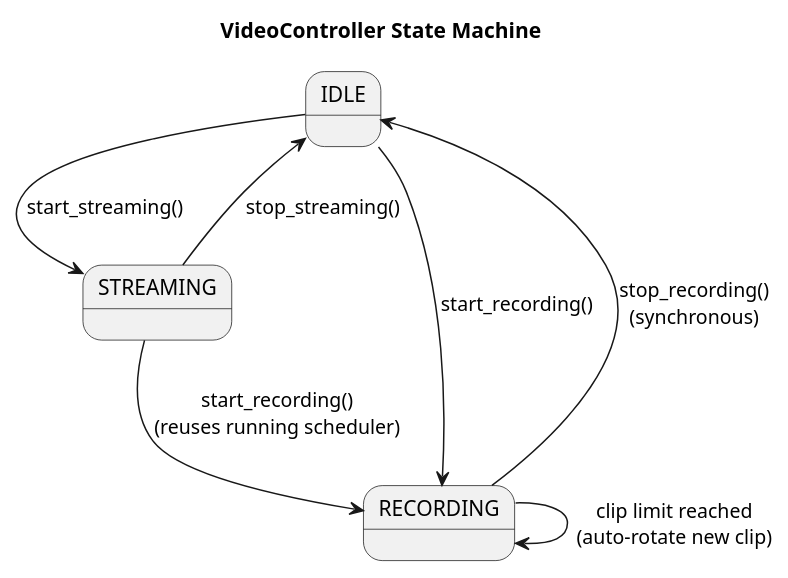
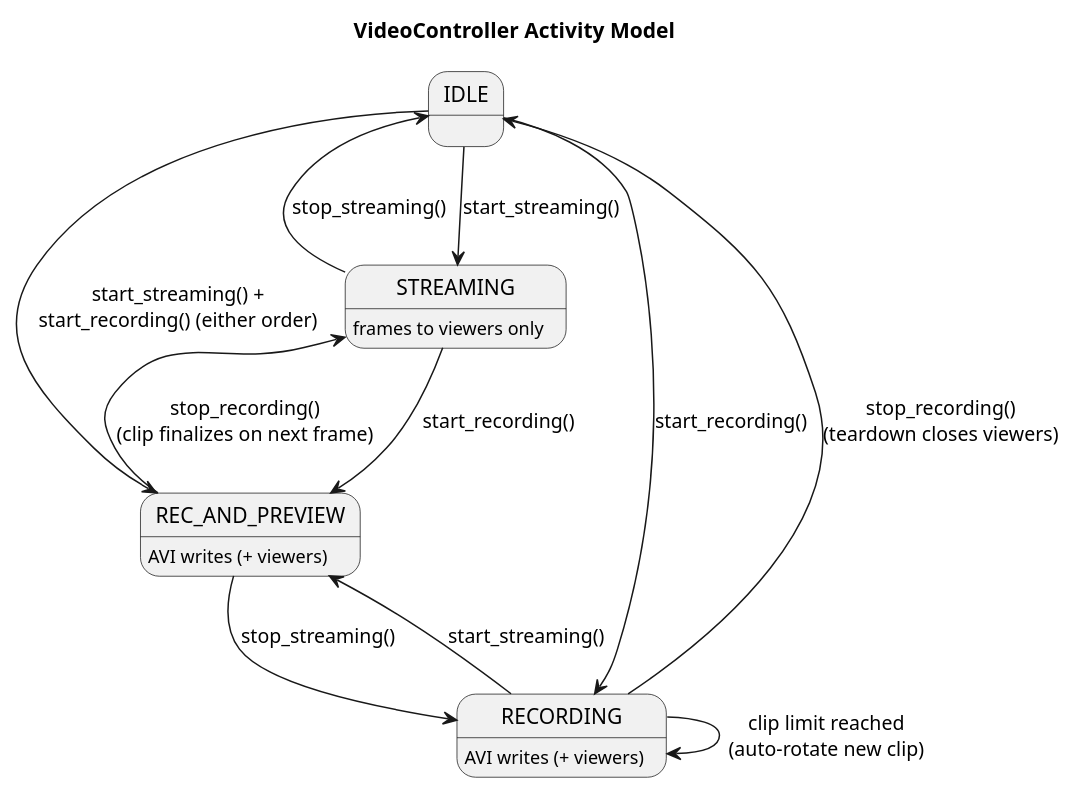
One commit to timwalsh41/micro-security-cam changed the fifth of 8 diagrams in docs/SYSTEM_DESIGN.md. Above: the diagram before and after it, drawn with PlantUML. The commit also changed other lines of this file and 1 other file, not shown here.

First line of the commit message:
Document independent recording/streaming activity model

````diff
--- a/docs/SYSTEM_DESIGN.md
+++ b/docs/SYSTEM_DESIGN.md
@@ -1471,17 +1478,25 @@
 ```plantuml
 @startuml
-title VideoController State Machine
+title VideoController Activity Model
 
 state IDLE
 state STREAMING
 state RECORDING
+state REC_AND_PREVIEW
 
 IDLE --> STREAMING : start_streaming()
 IDLE --> RECORDING : start_recording()
-STREAMING --> RECORDING : start_recording()\n(reuses running scheduler)
+IDLE --> REC_AND_PREVIEW : start_streaming() +\nstart_recording() (either order)
+STREAMING --> REC_AND_PREVIEW : start_recording()
+RECORDING --> REC_AND_PREVIEW : start_streaming()
 STREAMING --> IDLE : stop_streaming()
-RECORDING --> IDLE : stop_recording()\n(synchronous)
+RECORDING --> IDLE : stop_recording()\n(teardown closes viewers)
+REC_AND_PREVIEW --> RECORDING : stop_streaming()
+REC_AND_PREVIEW --> STREAMING : stop_recording()\n(clip finalizes on next frame)
 RECORDING --> RECORDING : clip limit reached\n(auto-rotate new clip)
+STREAMING : frames to viewers only
+RECORDING : AVI writes (+ viewers)
+REC_AND_PREVIEW : AVI writes (+ viewers)
 
 @enduml
 ```
````
